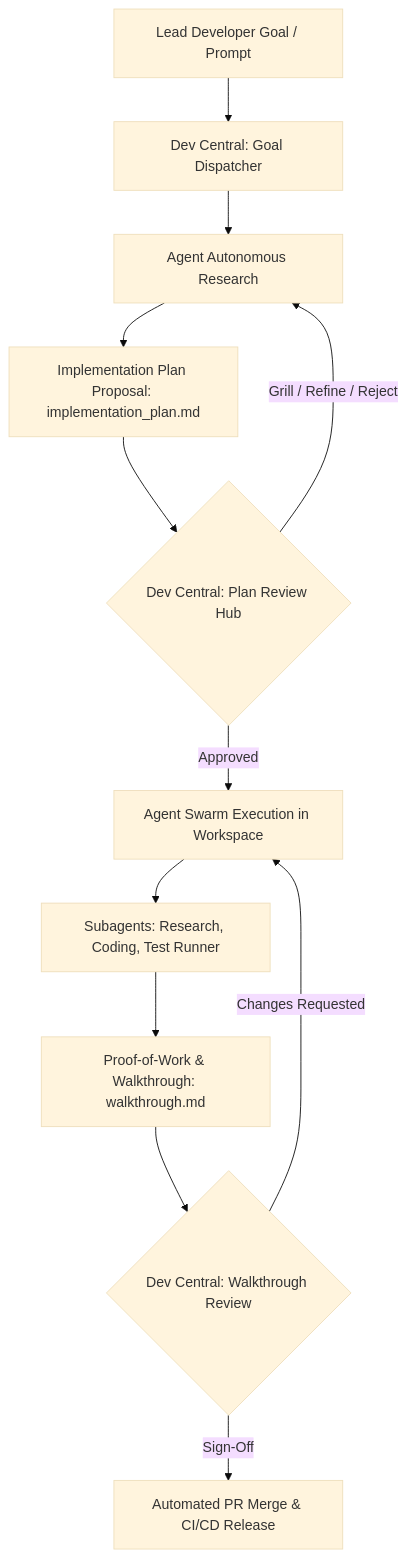
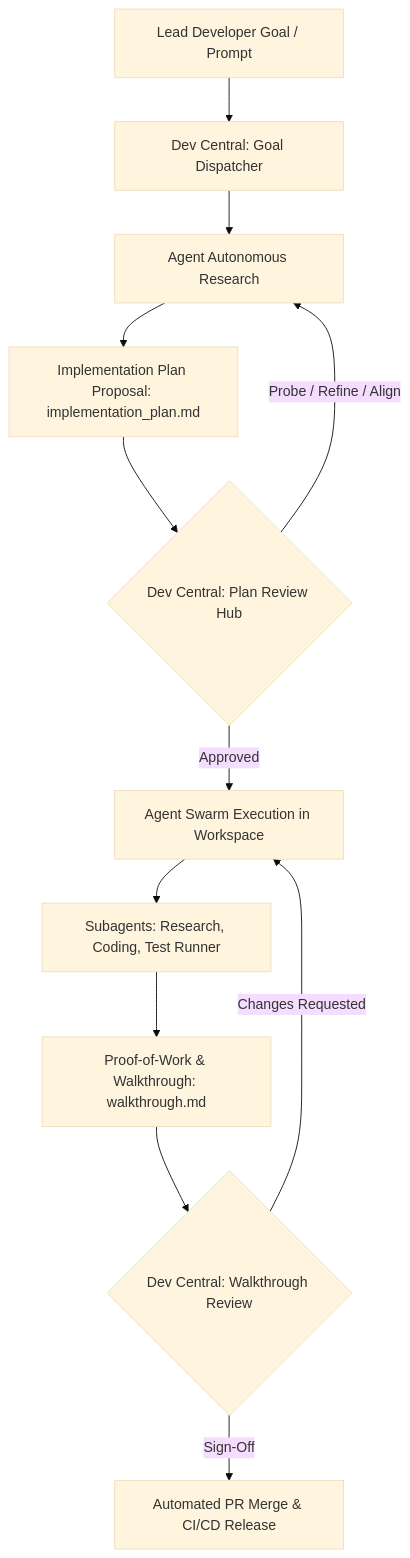
Before and after one commit to nddipiazza/robos: the diagram in docs/ideas/specs/dev-central-ai-agent-review-development.md, drawn with Mermaid (base theme). The commit also changed other lines of this file and 133 other files, not shown here.

````diff
--- a/docs/ideas/specs/dev-central-ai-agent-review-development.md
+++ b/docs/ideas/specs/dev-central-ai-agent-review-development.md
@@ -23,14 +23,15 @@
 ```mermaid
 graph TD
     A[Lead Developer Goal / Prompt] --> B[Dev Central: Goal Dispatcher]
     B --> C[Agent Autonomous Research]
     C --> D[Implementation Plan Proposal: implementation_plan.md]
     D --> E{Dev Central: Plan Review Hub}
-    E -->|Grill / Refine / Reject| C
+    E -->|Probe / Refine / Align| C
     E -->|Approved| F[Agent Swarm Execution in Workspace]
-    F --> G[Subagents: Research, Coding, Test Runner]
+    G[Subagents: Research, Coding, Test Runner]
+    F --> G
     G --> H[Proof-of-Work & Walkthrough: walkthrough.md]
     H --> I{Dev Central: Walkthrough Review}
     I -->|Changes Requested| F
     I -->|Sign-Off| J[Automated PR Merge & CI/CD Release]
 ```
````
